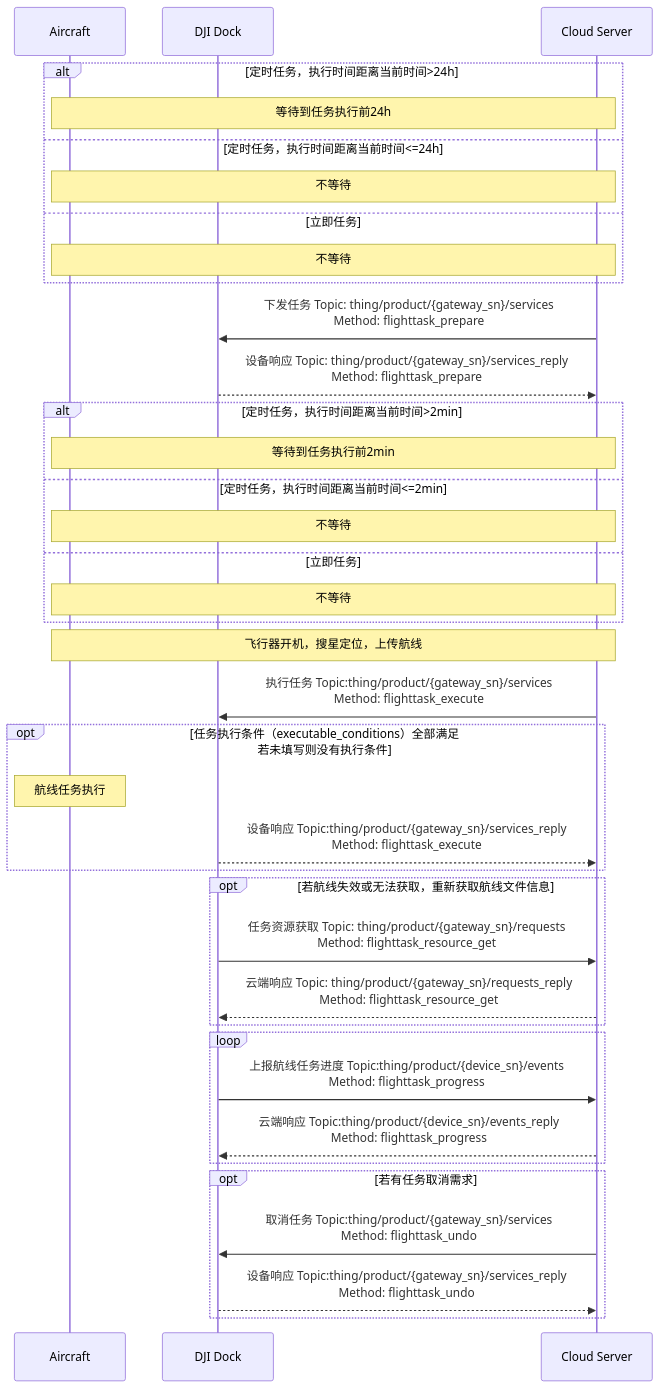
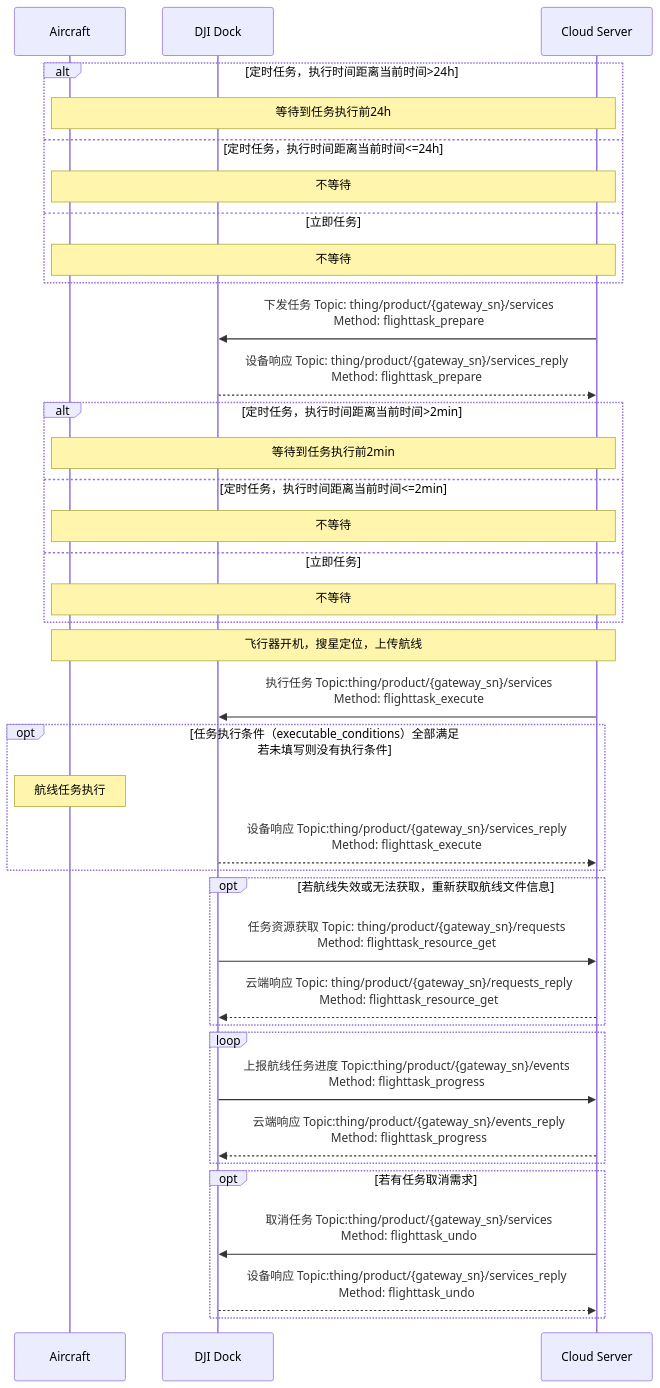
The first of 2 diagrams in docs/cn/30.feature-set/20.dock-feature-set/50.dock-wayline-management.md (dji-sdk/Cloud-API-Doc), drawn with Mermaid before and after one commit. The commit also changed other lines of this file and 152 other files, not shown here.

````diff
--- a/docs/cn/30.feature-set/20.dock-feature-set/50.dock-wayline-management.md
+++ b/docs/cn/30.feature-set/20.dock-feature-set/50.dock-wayline-management.md
@@ -29,49 +29,49 @@
 ```mermaid
 sequenceDiagram
 
 participant object as Aircraft
 participant client as DJI Dock
 participant server as Cloud Server
 
 alt 定时任务，执行时间距离当前时间>24h
 note over object,server: 等待到任务执行前24h
 else 定时任务，执行时间距离当前时间<=24h
 note over object,server: 不等待
 else 立即任务
 note over object,server: 不等待
 end
 
 server ->> client: 下发任务 Topic: thing/product/{gateway_sn}/services<br/>Method: flighttask_prepare
 client -->> server: 设备响应 Topic: thing/product/{gateway_sn}/services_reply<br/>Method: flighttask_prepare
 
 alt 定时任务，执行时间距离当前时间>2min
 note over object,server: 等待到任务执行前2min
 else 定时任务，执行时间距离当前时间<=2min
 note over object,server: 不等待
 else 立即任务
 note over object,server: 不等待
 end
 
 note over object,server: 飞行器开机，搜星定位，上传航线
 
 server ->> client: 执行任务 Topic:thing/product/{gateway_sn}/services<br/>Method: flighttask_execute
 opt 任务执行条件（executable_conditions）全部满足<br/>若未填写则没有执行条件
 note over object: 航线任务执行
 client -->> server: 设备响应 Topic:thing/product/{gateway_sn}/services_reply<br/>Method: flighttask_execute
 end
 
 opt 若航线失效或无法获取，重新获取航线文件信息
 client ->> server: 任务资源获取 Topic: thing/product/{gateway_sn}/requests<br/>Method: flighttask_resource_get
 server -->> client: 云端响应 Topic: thing/product/{gateway_sn}/requests_reply<br/>Method: flighttask_resource_get
 end
 
 loop
-client ->> server: 上报航线任务进度 Topic:thing/product/{device_sn}/events<br/>Method: flighttask_progress
-server -->> client: 云端响应 Topic:thing/product/{device_sn}/events_reply<br/>Method: flighttask_progress
+client ->> server: 上报航线任务进度 Topic:thing/product/{gateway_sn}/events<br/>Method: flighttask_progress
+server -->> client: 云端响应 Topic:thing/product/{gateway_sn}/events_reply<br/>Method: flighttask_progress
 end
 
 opt 若有任务取消需求
 server ->> client: 取消任务 Topic:thing/product/{gateway_sn}/services<br/>Method: flighttask_undo
 client -->> server: 设备响应 Topic:thing/product/{gateway_sn}/services_reply<br/>Method: flighttask_undo
 end
 ```
````
